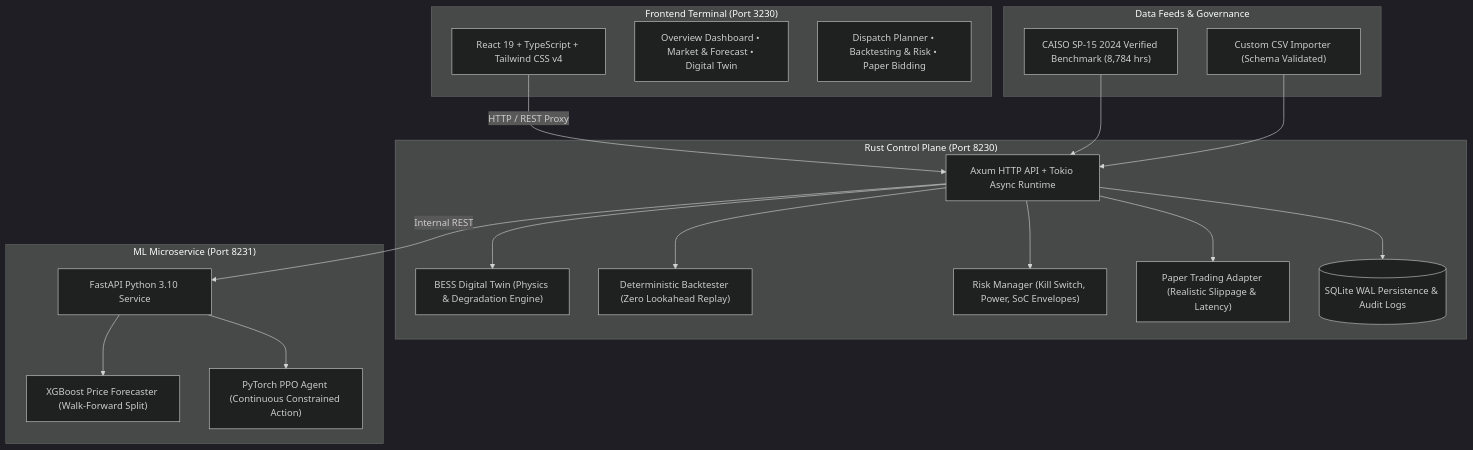
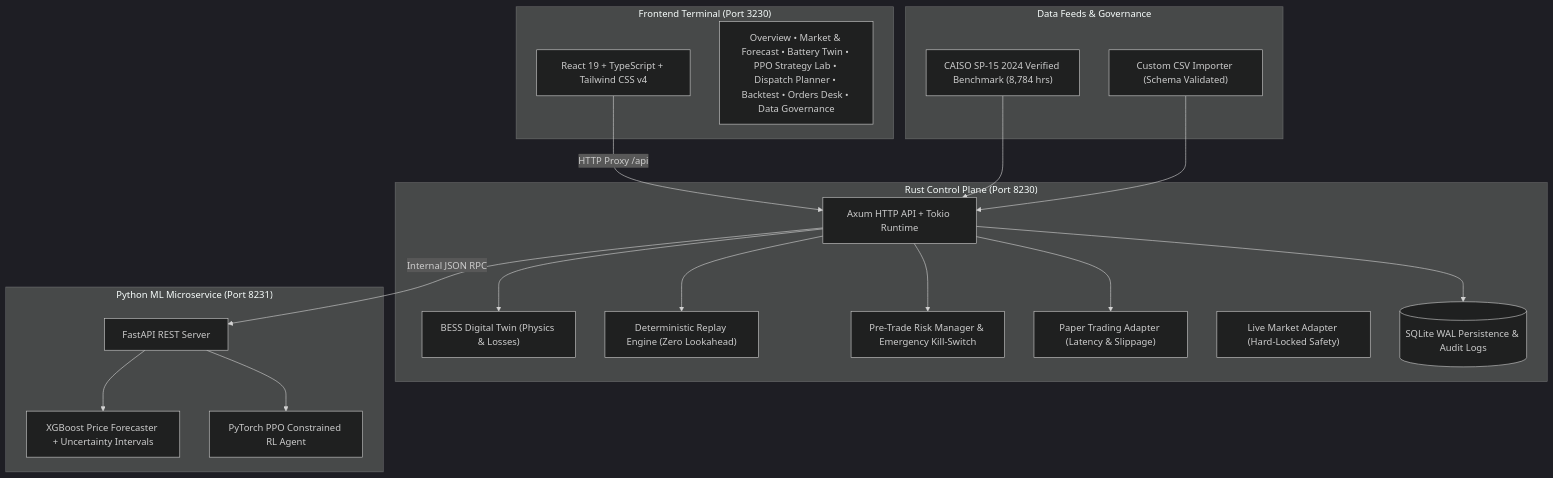
Before and after one commit to MTaufikIqball00/AI-Algorithmic-Trading-BESS-Arbitrage-Optimizer: the diagram in README.md, drawn with Mermaid (dark theme). The commit also changed other lines of this file and 1 other file, not shown here.

Commit message:
docs: add comprehensive README with architecture, formulas, API specs, and MIT license

````diff
--- a/README.md
+++ b/README.md
@@ -11,40 +52,40 @@
 ```mermaid
 flowchart TD
     subgraph Frontend ["Frontend Terminal (Port 3230)"]
         UI["React 19 + TypeScript + Tailwind CSS v4"]
-        Dash["Overview Dashboard • Market & Forecast • Digital Twin"]
-        Dispatch["Dispatch Planner • Backtesting & Risk • Paper Bidding"]
+        Views["Overview • Market & Forecast • Battery Twin • PPO Strategy Lab • Dispatch Planner • Backtest • Orders Desk • Data Governance"]
     end
 
-    subgraph Backend ["Rust Control Plane (Port 8230)"]
-        Axum["Axum HTTP API + Tokio Async Runtime"]
-        Twin["BESS Digital Twin (Physics & Degradation Engine)"]
-        Backtest["Deterministic Backtester (Zero Lookahead Replay)"]
-        Risk["Risk Manager (Kill Switch, Power, SoC Envelopes)"]
-        Paper["Paper Trading Adapter (Realistic Slippage & Latency)"]
+    subgraph Rust ["Rust Control Plane (Port 8230)"]
+        AxumServer["Axum HTTP API + Tokio Runtime"]
+        TwinEngine["BESS Digital Twin (Physics & Losses)"]
+        BacktestEngine["Deterministic Replay Engine (Zero Lookahead)"]
+        RiskManager["Pre-Trade Risk Manager & Emergency Kill-Switch"]
+        PaperAdapter["Paper Trading Adapter (Latency & Slippage)"]
+        LiveAdapter["Live Market Adapter (Hard-Locked Safety)"]
         DB[(SQLite WAL Persistence & Audit Logs)]
     end
 
-    subgraph ML ["ML Microservice (Port 8231)"]
-        FastAPI["FastAPI Python 3.10 Service"]
-        XGB["XGBoost Price Forecaster (Walk-Forward Split)"]
-        PPO["PyTorch PPO Agent (Continuous Constrained Action)"]
+    subgraph Python ["Python ML Microservice (Port 8231)"]
+        FastAPIApp["FastAPI REST Server"]
+        XGBoostModel["XGBoost Price Forecaster + Uncertainty Intervals"]
+        PPOModel["PyTorch PPO Constrained RL Agent"]
     end
 
-    subgraph Data ["Data Feeds & Governance"]
-        CAISO["CAISO SP-15 2024 Verified Benchmark (8,784 hrs)"]
-        CSV["Custom CSV Importer (Schema Validated)"]
+    subgraph BenchmarkData ["Data Feeds & Governance"]
+        CAISOData["CAISO SP-15 2024 Verified Benchmark (8,784 hrs)"]
+        CSVImporter["Custom CSV Importer (Schema Validated)"]
     end
 
-    UI -->|HTTP / REST Proxy| Axum
-    Axum --> Twin
-    Axum --> Backtest
-    Axum --> Risk
-    Axum --> Paper
-    Axum --> DB
-    Axum -->|Internal REST| FastAPI
-    FastAPI --> XGB
-    FastAPI --> PPO
-    CAISO --> Axum
-    CSV --> Axum
+    UI -->|HTTP Proxy /api| AxumServer
+    AxumServer --> TwinEngine
+    AxumServer --> BacktestEngine
+    AxumServer --> RiskManager
+    AxumServer --> PaperAdapter
+    AxumServer --> DB
+    AxumServer -->|Internal JSON RPC| FastAPIApp
+    FastAPIApp --> XGBoostModel
+    FastAPIApp --> PPOModel
+    CAISOData --> AxumServer
+    CSVImporter --> AxumServer
 ```
````
